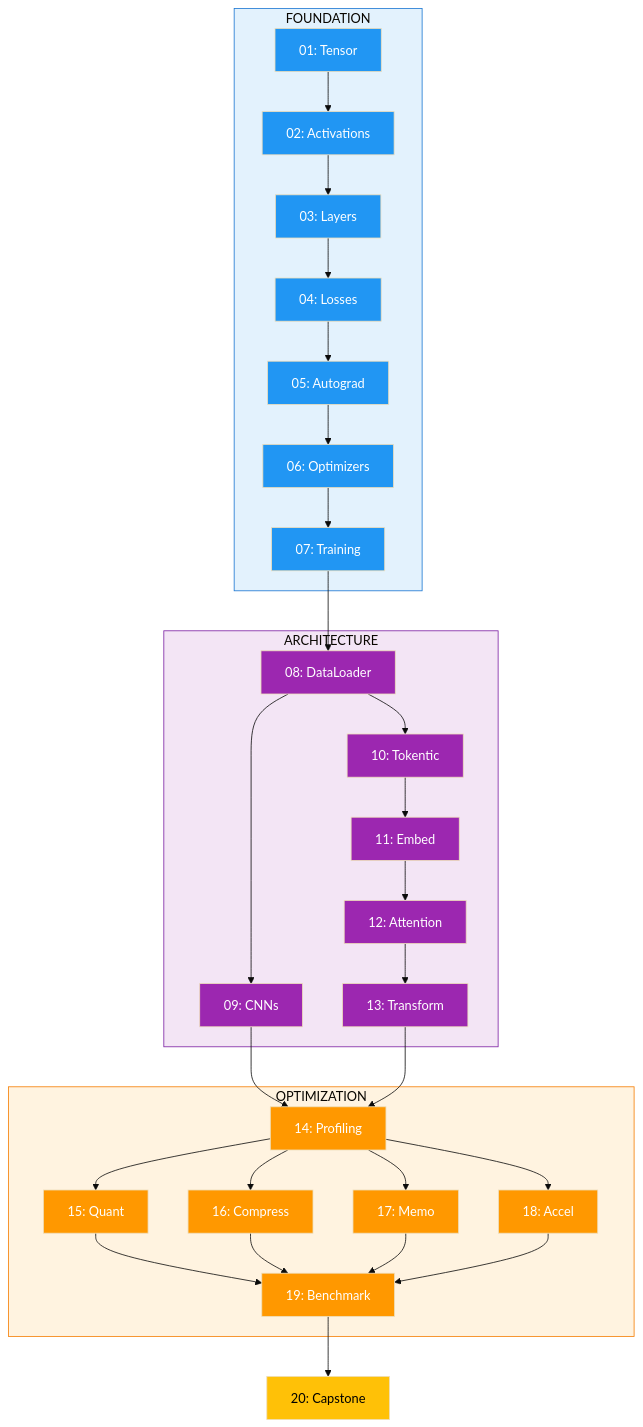
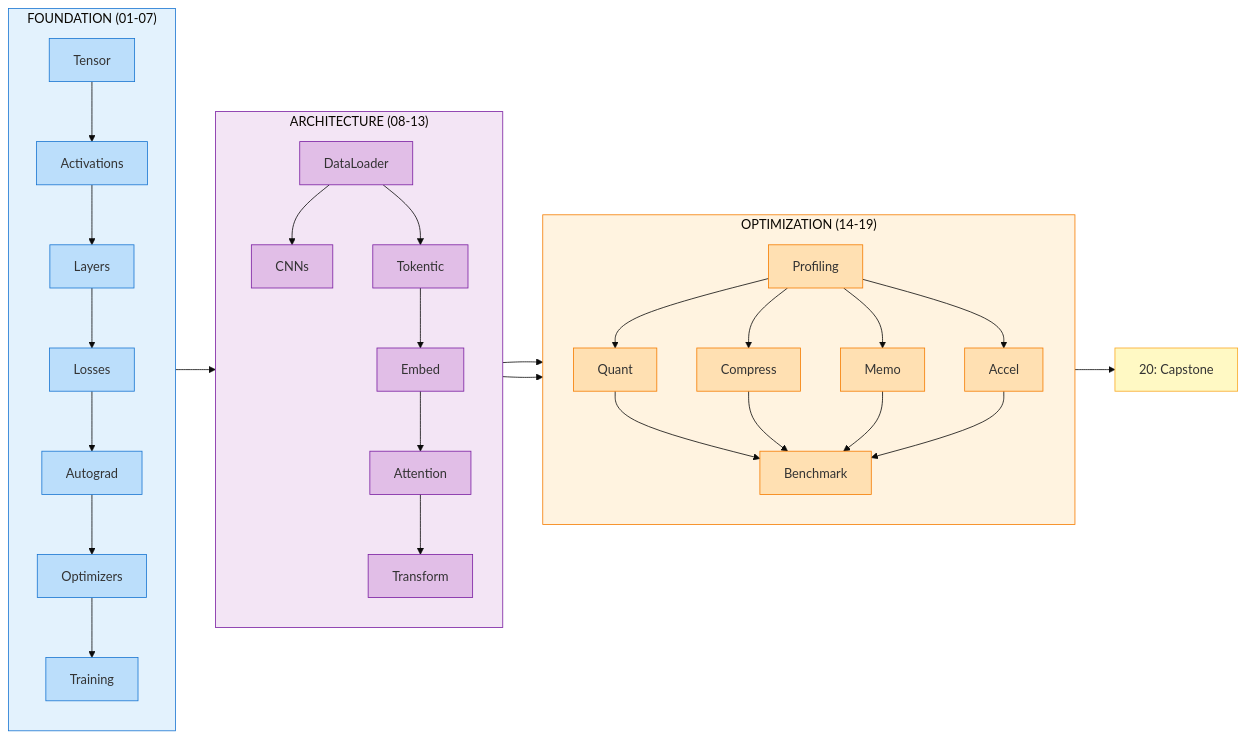
One commit to harvard-edge/cs249r_book changed the diagram in tinytorch/site/big-picture.md. Above: the diagram before and after it, drawn with Mermaid (base theme). The commit also changed other lines of this file and 35 other files, not shown here.

First line of the commit message:
fix: resolve Jupyter Book build warnings and PDF diagram readability

````diff
--- a/tinytorch/site/big-picture.md
+++ b/tinytorch/site/big-picture.md
@@ -23,65 +23,73 @@
 ```{mermaid}
 :align: center
 :caption: TinyTorch Module Flow
 
-graph TB
-    subgraph F["FOUNDATION"]
-        T["01: Tensor"] --> A["02: Activations"] --> L["03: Layers"] --> Loss["04: Losses"] --> Auto["05: Autograd"] --> Opt["06: Optimizers"] --> Train["07: Training"]
+graph LR
+    subgraph F["FOUNDATION (01-07)"]
+        direction TB
+        T["Tensor"] --> A["Activations"]
+        A --> L["Layers"]
+        L --> Loss["Losses"]
+        Loss --> Auto["Autograd"]
+        Auto --> Opt["Optimizers"]
+        Opt --> Train["Training"]
     end
 
-    subgraph Arch["ARCHITECTURE"]
-        Data["08: DataLoader"]
-        Data --> Conv["09: CNNs"]
-        Data --> Tok["10: Tokentic"] --> Emb["11: Embed"] --> Att["12: Attention"] --> Trans["13: Transform"]
+    subgraph Arch["ARCHITECTURE (08-13)"]
+        direction TB
+        Data["DataLoader"]
+        Data --> Conv["CNNs"]
+        Data --> Tok["Tokentic"]
+        Tok --> Emb["Embed"]
+        Emb --> Att["Attention"]
+        Att --> Trans["Transform"]
     end
 
-    subgraph Optim["OPTIMIZATION"]
-        Prof["14: Profiling"]
-        Prof --> Q["15: Quant"]
-        Prof --> C["16: Compress"]
-        Prof --> M["17: Memo"]
-        Prof --> Ac["18: Accel"]
-        Q --> Bench["19: Benchmark"]
-        C --> Bench
-        M --> Bench
-        Ac --> Bench
+    subgraph Optim["OPTIMIZATION (14-19)"]
+        direction TB
+        Prof["Profiling"]
+        Prof --> Q["Quant"]
+        Prof --> C["Compress"]
+        Prof --> M["Memo"]
+        Prof --> Ac["Accel"]
+        Q & C & M & Ac --> Bench["Benchmark"]
     end
 
     Train --> Data
     Conv --> Prof
     Trans --> Prof
     Bench --> Cap["20: Capstone"]
 
-    %% Foundation - Blue
-    style T fill:#2196f3,color:#fff
-    style A fill:#2196f3,color:#fff
-    style L fill:#2196f3,color:#fff
-    style Loss fill:#2196f3,color:#fff
-    style Auto fill:#2196f3,color:#fff
-    style Opt fill:#2196f3,color:#fff
-    style Train fill:#2196f3,color:#fff
+    %% Foundation - Light Blue (dark text readable)
+    style T fill:#bbdefb,stroke:#1976d2
+    style A fill:#bbdefb,stroke:#1976d2
+    style L fill:#bbdefb,stroke:#1976d2
+    style Loss fill:#bbdefb,stroke:#1976d2
+    style Auto fill:#bbdefb,stroke:#1976d2
+    style Opt fill:#bbdefb,stroke:#1976d2
+    style Train fill:#bbdefb,stroke:#1976d2
 
-    %% Architecture - Purple
-    style Data fill:#9c27b0,color:#fff
-    style Conv fill:#9c27b0,color:#fff
-    style Tok fill:#9c27b0,color:#fff
-    style Emb fill:#9c27b0,color:#fff
-    style Att fill:#9c27b0,color:#fff
-    style Trans fill:#9c27b0,color:#fff
+    %% Architecture - Light Purple (dark text readable)
+    style Data fill:#e1bee7,stroke:#7b1fa2
+    style Conv fill:#e1bee7,stroke:#7b1fa2
+    style Tok fill:#e1bee7,stroke:#7b1fa2
+    style Emb fill:#e1bee7,stroke:#7b1fa2
+    style Att fill:#e1bee7,stroke:#7b1fa2
+    style Trans fill:#e1bee7,stroke:#7b1fa2
 
-    %% Optimization - Orange
-    style Prof fill:#ff9800,color:#fff
-    style Q fill:#ff9800,color:#fff
-    style C fill:#ff9800,color:#fff
-    style M fill:#ff9800,color:#fff
-    style Ac fill:#ff9800,color:#fff
-    style Bench fill:#ff9800,color:#fff
+    %% Optimization - Light Orange (dark text readable)
+    style Prof fill:#ffe0b2,stroke:#f57c00
+    style Q fill:#ffe0b2,stroke:#f57c00
+    style C fill:#ffe0b2,stroke:#f57c00
+    style M fill:#ffe0b2,stroke:#f57c00
+    style Ac fill:#ffe0b2,stroke:#f57c00
+    style Bench fill:#ffe0b2,stroke:#f57c00
 
-    %% Capstone - Gold
-    style Cap fill:#ffc107,color:#000
+    %% Capstone - Light Gold (dark text readable)
+    style Cap fill:#fff9c4,stroke:#f9a825
 
     %% Subgraph backgrounds
     style F fill:#e3f2fd,stroke:#1976d2
     style Arch fill:#f3e5f5,stroke:#7b1fa2
     style Optim fill:#fff3e0,stroke:#f57c00
 ```
````
